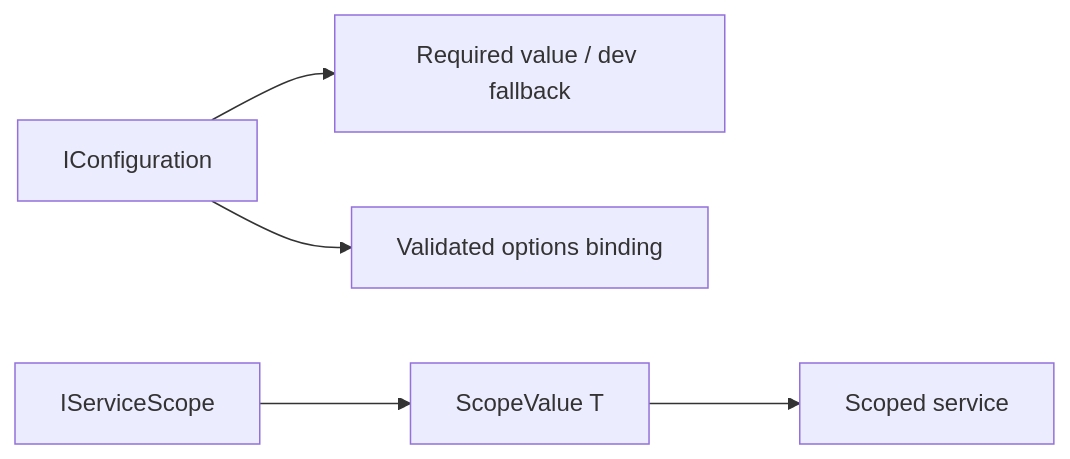
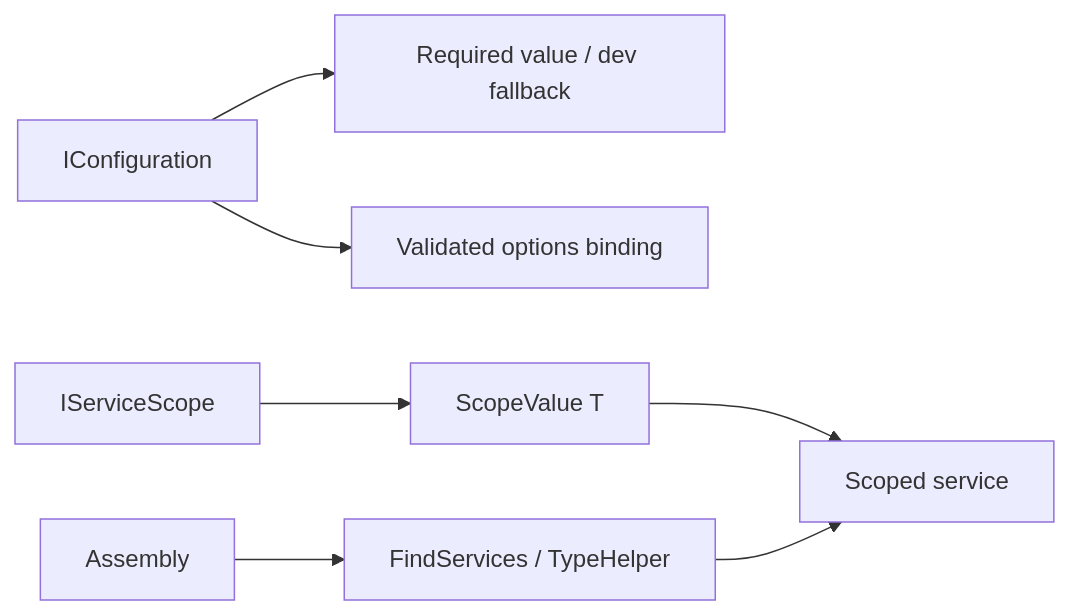
One commit to Kite-Key/foundation changed the second of 3 diagrams in docs/architecture.md. Above: the diagram before and after it, drawn with Mermaid. The commit also changed other lines of this file and 49 other files, not shown here.

````diff
--- a/docs/architecture.md
+++ b/docs/architecture.md
@@ -31,7 +44,9 @@
 ```mermaid
 flowchart LR
     Config[IConfiguration] --> Required[Required value / dev fallback]
     Config --> Options[Validated options binding]
     Scope[IServiceScope] --> Wrapper[ScopeValue T]
     Wrapper --> Consumer[Scoped service]
+    Assembly[Assembly] --> Discovery[FindServices / TypeHelper]
+    Discovery --> Consumer
 ```
````
